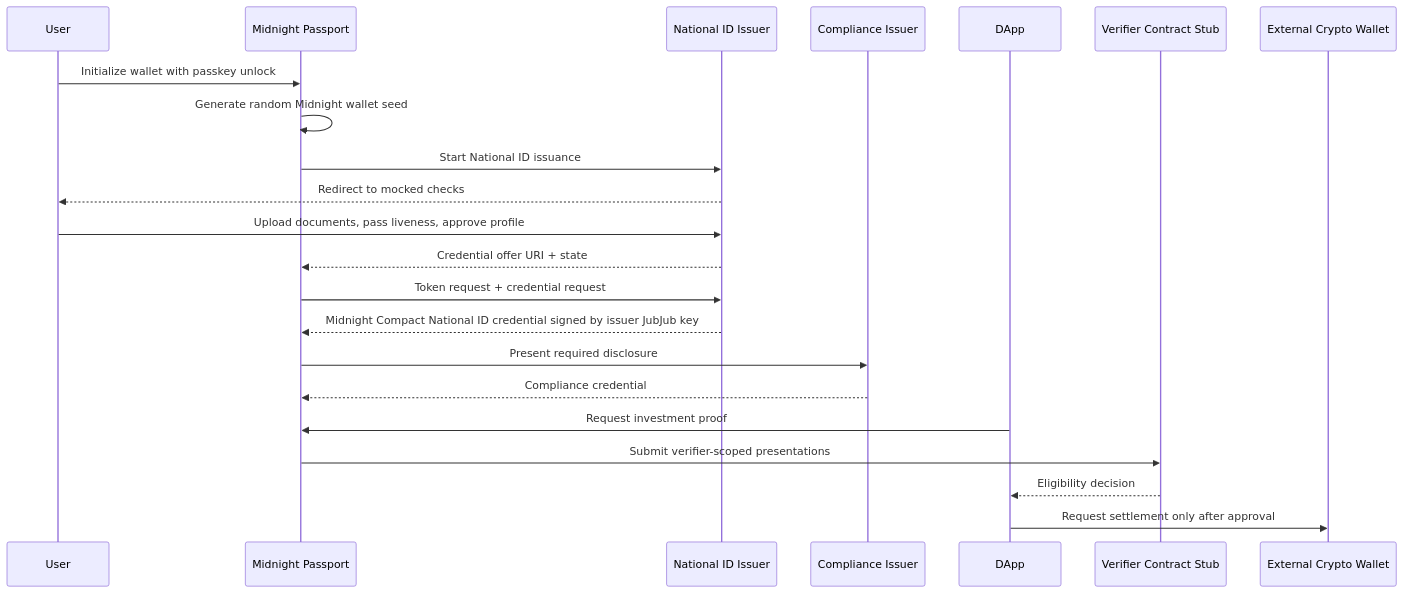
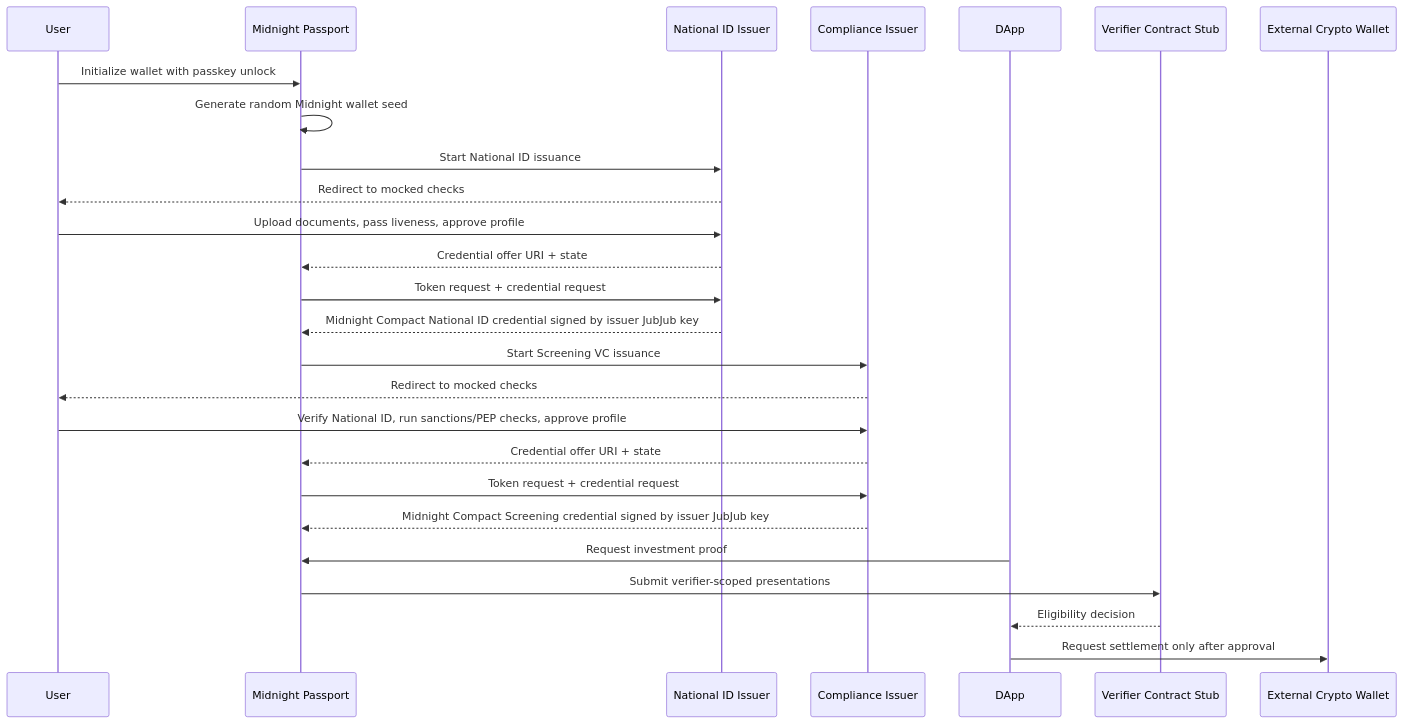
One commit to midnightntwrk/midnight-did changed the diagram in docs-site/use-cases/midnight-passport-prototype.md. Above: the diagram before and after it, drawn with Mermaid. The commit also changed other lines of this file and 16 other files, not shown here.

First line of the commit message:
Add Screening VC issuer prototype

````diff
--- a/docs-site/use-cases/midnight-passport-prototype.md
+++ b/docs-site/use-cases/midnight-passport-prototype.md
@@ -29,25 +29,29 @@
 ```mermaid
 sequenceDiagram
   participant User
   participant Passport as Midnight Passport
   participant ID as National ID Issuer
   participant Compliance as Compliance Issuer
   participant DApp
   participant Verifier as Verifier Contract Stub
   participant Wallet as External Crypto Wallet
 
   User->>Passport: Initialize wallet with passkey unlock
   Passport->>Passport: Generate random Midnight wallet seed
   Passport->>ID: Start National ID issuance
   ID-->>User: Redirect to mocked checks
   User->>ID: Upload documents, pass liveness, approve profile
   ID-->>Passport: Credential offer URI + state
   Passport->>ID: Token request + credential request
   ID-->>Passport: Midnight Compact National ID credential signed by issuer JubJub key
-  Passport->>Compliance: Present required disclosure
-  Compliance-->>Passport: Compliance credential
+  Passport->>Compliance: Start Screening VC issuance
+  Compliance-->>User: Redirect to mocked checks
+  User->>Compliance: Verify National ID, run sanctions/PEP checks, approve profile
+  Compliance-->>Passport: Credential offer URI + state
+  Passport->>Compliance: Token request + credential request
+  Compliance-->>Passport: Midnight Compact Screening credential signed by issuer JubJub key
   DApp->>Passport: Request investment proof
   Passport->>Verifier: Submit verifier-scoped presentations
   Verifier-->>DApp: Eligibility decision
   DApp->>Wallet: Request settlement only after approval
 ```
````
